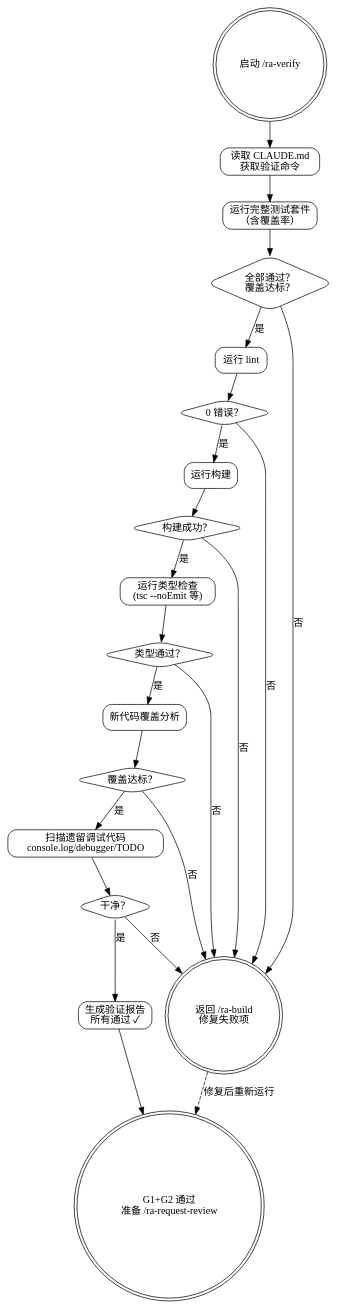
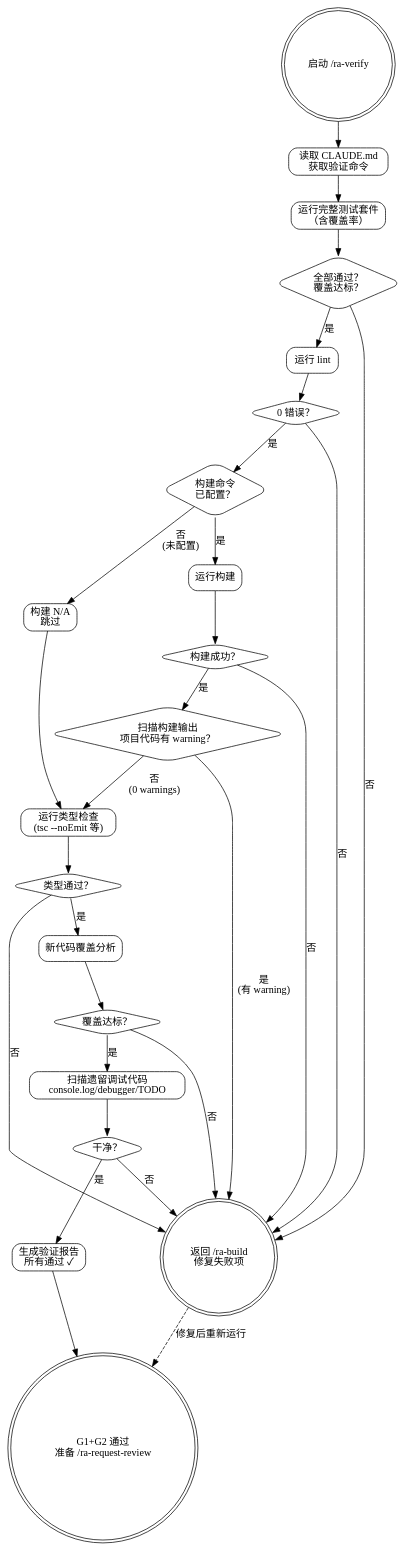
One commit to sueichen/reliable-agent changed the diagram in skills/ra-verify/SKILL.md. Above: the diagram before and after it, drawn with Graphviz. The commit also changed other lines of this file and 4 other files, not shown here.

````diff
--- a/skills/ra-verify/SKILL.md
+++ b/skills/ra-verify/SKILL.md
@@ -26,47 +26,55 @@
 ```dot
 digraph reliable_verify {
     rankdir=TB;
     node [shape=box, style=rounded];
 
     start [label="启动 /ra-verify", shape=doublecircle];
     read_commands [label="读取 CLAUDE.md\n获取验证命令"];
     run_tests [label="运行完整测试套件\n（含覆盖率）"];
     tests_pass [label="全部通过？\n覆盖达标？", shape=diamond];
     run_lint [label="运行 lint"];
     lint_clean [label="0 错误？", shape=diamond];
-    run_build [label="运行构建"];
+    build_configured [label="构建命令\n已配置？", shape=diamond];
+    run_build_actual [label="运行构建"];
     build_ok [label="构建成功？", shape=diamond];
+    check_warnings [label="扫描构建输出\n项目代码有 warning？", shape=diamond];
+    build_na [label="构建 N/A\n跳过", shape=box];
     type_check [label="运行类型检查\n(tsc --noEmit 等)"];
     types_ok [label="类型通过？", shape=diamond];
     coverage_check [label="新代码覆盖分析"];
     coverage_ok [label="覆盖达标？", shape=diamond];
     artifact_scan [label="扫描遗留调试代码\nconsole.log/debugger/TODO"];
     clean [label="干净？", shape=diamond];
     report [label="生成验证报告\n所有通过 ✓"];
     fail [label="返回 /ra-build\n修复失败项", shape=doublecircle];
     done [label="G1+G2 通过\n准备 /ra-request-review", shape=doublecircle];
 
     start -> read_commands;
     read_commands -> run_tests;
     run_tests -> tests_pass;
     tests_pass -> fail [label="否"];
     tests_pass -> run_lint [label="是"];
     run_lint -> lint_clean;
     lint_clean -> fail [label="否"];
-    lint_clean -> run_build [label="是"];
-    run_build -> build_ok;
+    lint_clean -> build_configured [label="是"];
+    build_configured -> build_na [label="否\n(未配置)"];
+    build_na -> type_check;
+    build_configured -> run_build_actual [label="是"];
+    run_build_actual -> build_ok;
     build_ok -> fail [label="否"];
-    build_ok -> type_check [label="是"];
+    build_ok -> check_warnings [label="是"];
+    check_warnings -> fail [label="是\n(有 warning)"];
+    check_warnings -> type_check [label="否\n(0 warnings)"];
     type_check -> types_ok;
     types_ok -> fail [label="否"];
     types_ok -> coverage_check [label="是"];
     coverage_check -> coverage_ok;
     coverage_ok -> fail [label="否"];
     coverage_ok -> artifact_scan [label="是"];
     artifact_scan -> clean;
     clean -> fail [label="否"];
     clean -> report [label="是"];
     report -> done;
     fail -> done [label="修复后重新运行" style=dashed];
 }
 ```
````
